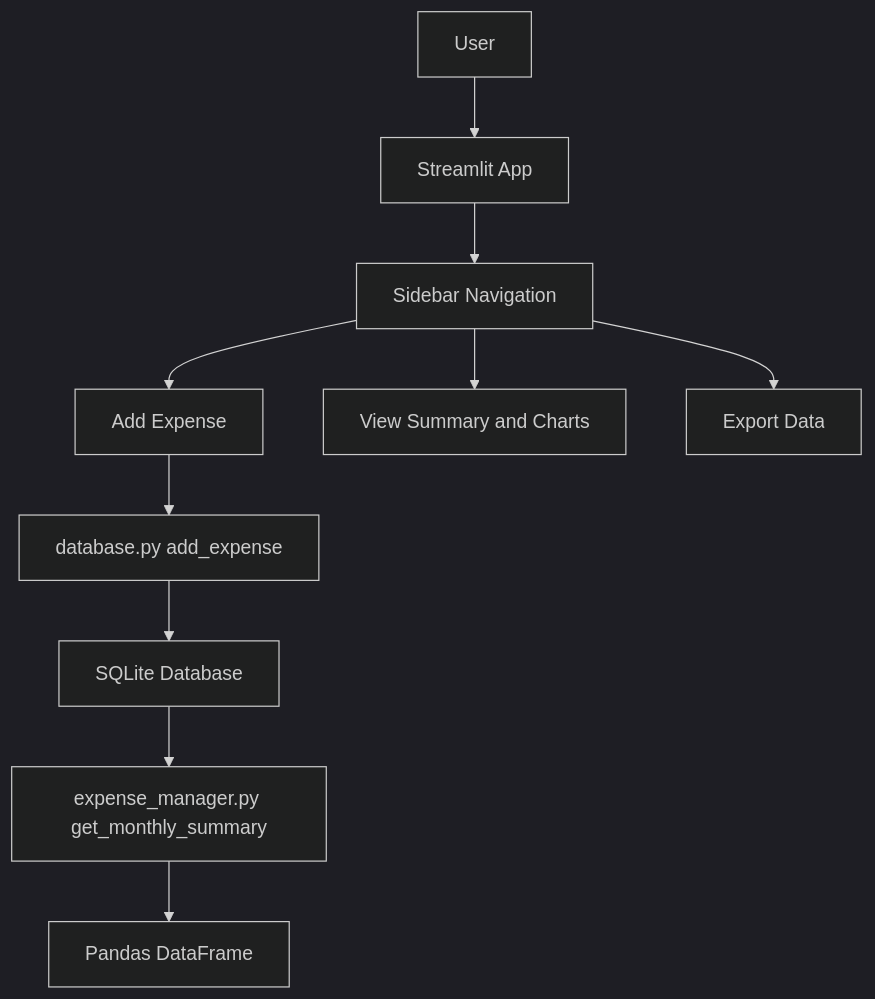
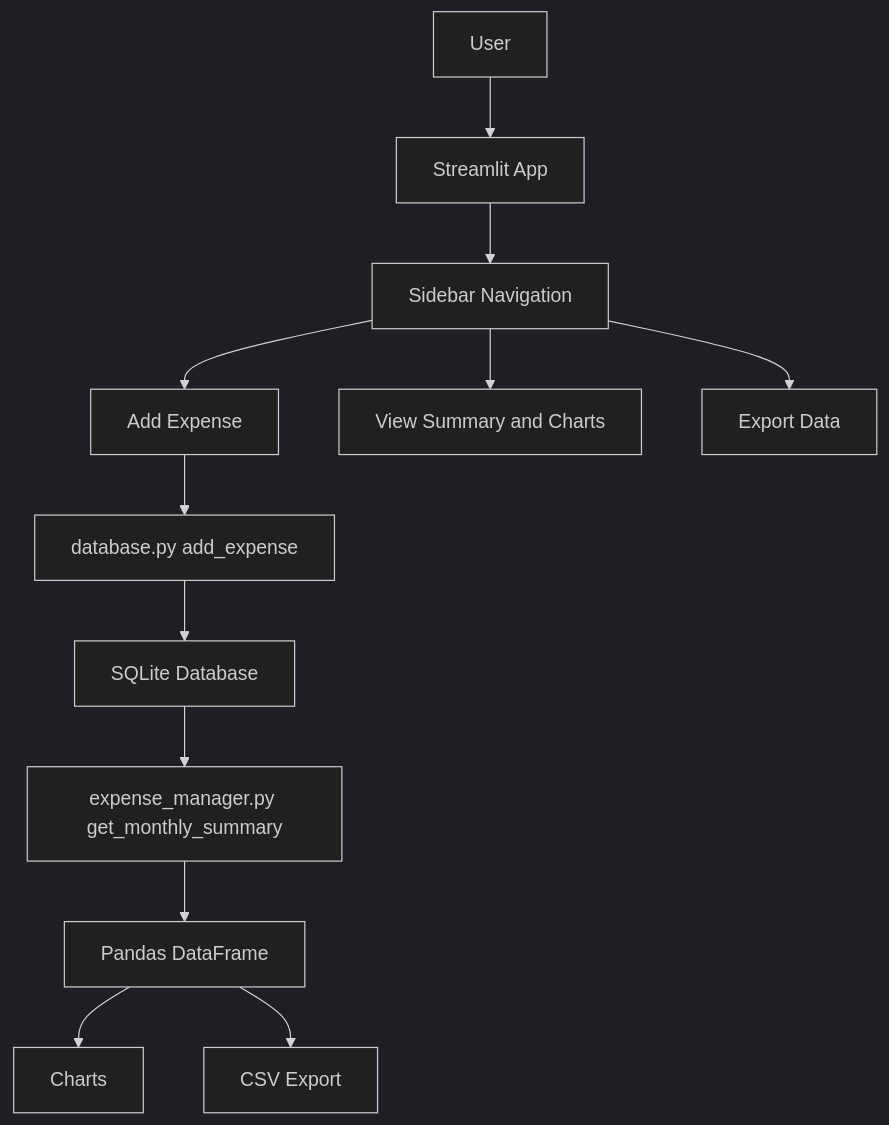
The diagram in README.md (tejasnarkhede2005/Smart-Expences-Tracker-System), drawn with Mermaid (dark theme) before and after one commit. The commit also changed other lines of this file, not shown here.

````diff
--- a/README.md
+++ b/README.md
@@ -12,15 +12,18 @@
 ```mermaid
 graph TD
     U[User] --> A[Streamlit App]
 
     A --> S[Sidebar Navigation]
     S --> AE[Add Expense]
     S --> VS[View Summary and Charts]
     S --> EX[Export Data]
 
     AE --> DBF[database.py add_expense]
     DBF --> DB[SQLite Database]
 
     DB --> EM[expense_manager.py get_monthly_summary]
     EM --> DF[Pandas DataFrame]
+
+    DF --> CH[Charts]
+    DF --> CSV[CSV Export]
 ```
````
